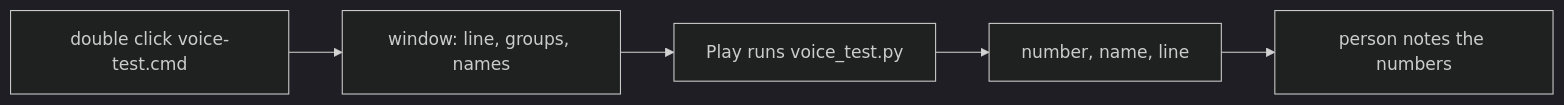
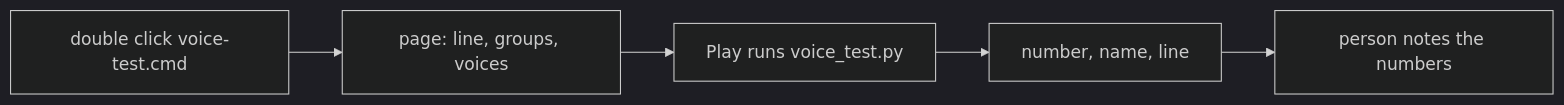
Before and after one commit to workbench-soft/agent-skills: the fifth of 6 diagrams in docs/user-flows.md, drawn with Mermaid (dark theme). The commit also changed other lines of this file and 10 other files, not shown here.

Commit message:
voice-test: a page with a voice dropdown, and no console windows

````diff
--- a/docs/user-flows.md
+++ b/docs/user-flows.md
@@ -74,7 +75,7 @@
 ```mermaid
 flowchart LR
-  click["double click voice-test.cmd"] --> window["window: line, groups, names"]
+  click["double click voice-test.cmd"] --> window["page: line, groups, voices"]
   window --> play["Play runs voice_test.py"]
   play --> hear["number, name, line"]
   hear --> note["person notes the numbers"]
 ```
````
